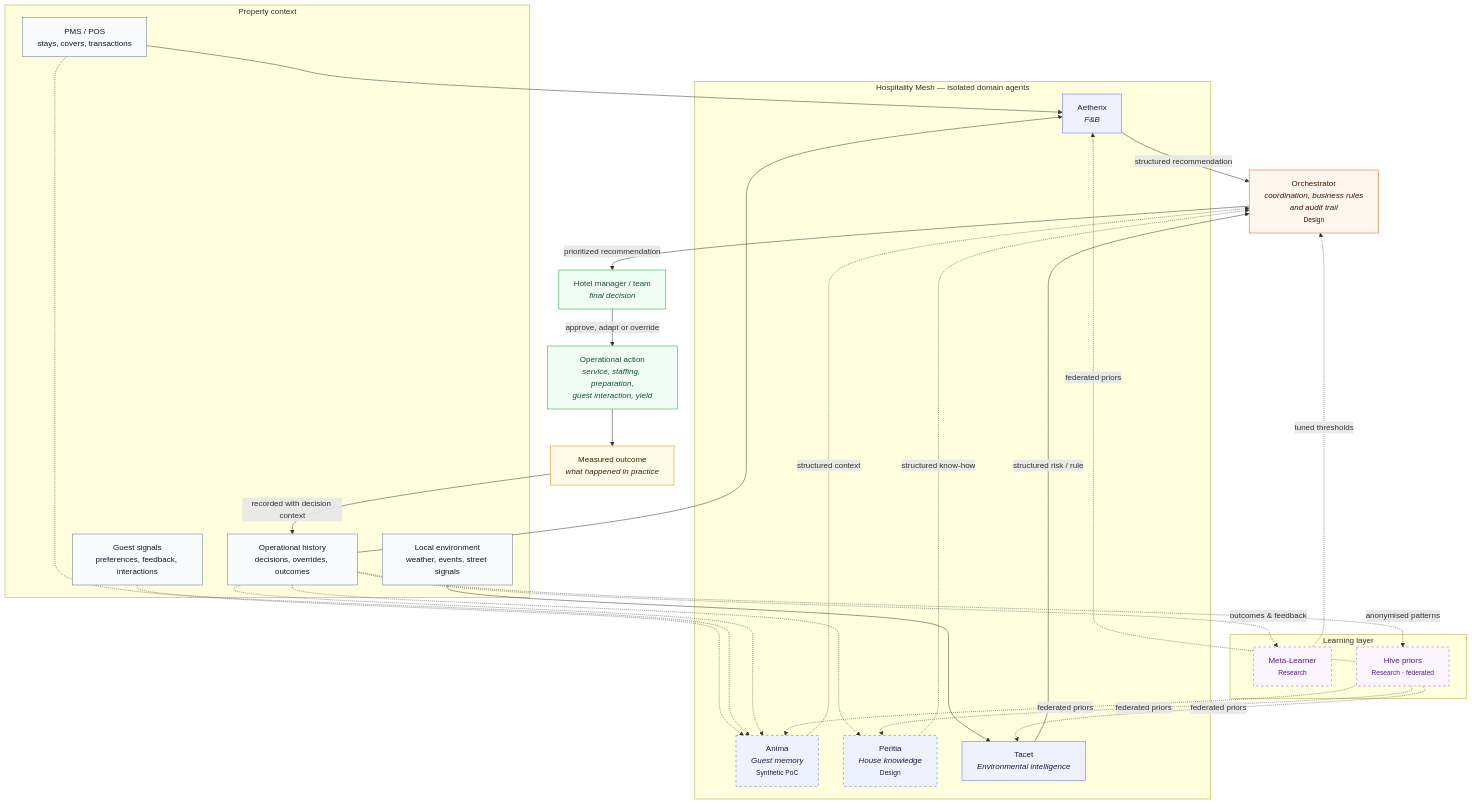
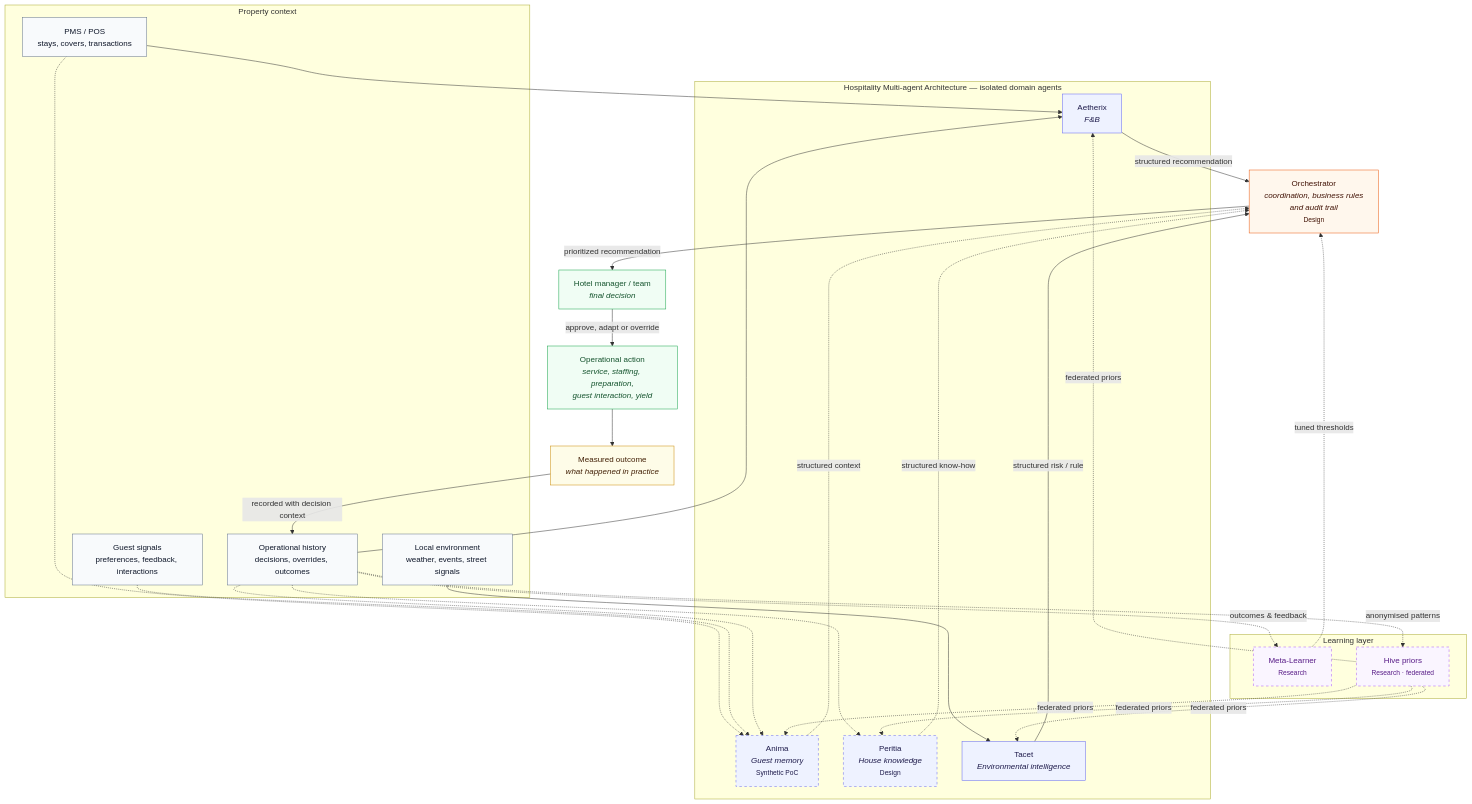
One commit to IvandeMurard/Hospitality-Multi-agent-Architecture changed the diagram in README.md. Above: the diagram before and after it, drawn with Mermaid. The commit also changed other lines of this file and 3 other files, not shown here.

First line of the commit message:
Replace "Mesh" with "Architecture" in visible prose

````diff
--- a/README.md
+++ b/README.md
@@ -92,77 +91,77 @@
 ```mermaid
 flowchart TB
     %% Context sources
     subgraph CONTEXT["Property context"]
         PMS["PMS / POS<br/>stays, covers, transactions"]
         GUEST["Guest signals<br/>preferences, feedback, interactions"]
         OPS["Operational history<br/>decisions, overrides, outcomes"]
         ENV["Local environment<br/>weather, events, street signals"]
     end
 
     %% Specialized, isolated agents
-    subgraph MESH["Hospitality Mesh — isolated domain agents"]
+    subgraph MESH["Hospitality Multi-agent Architecture — isolated domain agents"]
         A["Aetherix<br/><i>F&B</i>"]
         N["Anima<br/><i>Guest memory</i><br/><small>Synthetic PoC</small>"]
         P["Peritia<br/><i>House knowledge</i><br/><small>Design</small>"]
         T["Tacet<br/><i>Environmental intelligence</i>"]
     end
 
     %% Coordination and human decision
     O["Orchestrator<br/><i>coordination, business rules<br/>and audit trail</i><br/><small>Design</small>"]
     H["Hotel manager / team<br/><i>final decision</i>"]
     ACTION["Operational action<br/><i>service, staffing, preparation,<br/>guest interaction, yield</i>"]
     OUTCOME["Measured outcome<br/><i>what happened in practice</i>"]
 
     %% Continuous learning: prospective
     subgraph LEARNING["Learning layer"]
         ML["Meta-Learner<br/><small>Research</small>"]
         HP["Hive priors<br/><small>Research · federated</small>"]
     end
 
     %% Context to agents
     PMS --> A
     PMS -.-> N
     GUEST -.-> N
     OPS --> A
     OPS -.-> N
     OPS -.-> P
     ENV --> T
 
     %% Agent output to orchestration
     A -->|"structured recommendation"| O
     N -.->|"structured context"| O
     P -.->|"structured know-how"| O
     T -->|"structured risk / rule"| O
 
     %% Human-centred loop
     O -->|"prioritized recommendation"| H
     H -->|"approve, adapt or override"| ACTION
     ACTION --> OUTCOME
     OUTCOME -->|"recorded with decision context"| OPS
 
     %% Prospectively learned layer
     OPS -.->|"outcomes & feedback"| ML
     ML -.->|"tuned thresholds"| O
     OPS -.->|"anonymised patterns"| HP
     HP -.->|"federated priors"| A
     HP -.->|"federated priors"| N
     HP -.->|"federated priors"| P
     HP -.->|"federated priors"| T
 
     %% Styling
     classDef source fill:#F8FAFC,stroke:#64748B,color:#0F172A;
     classDef agent fill:#EEF2FF,stroke:#6366F1,color:#1E1B4B;
     classDef orchestration fill:#FFF7ED,stroke:#EA580C,color:#431407;
     classDef human fill:#F0FDF4,stroke:#16A34A,color:#14532D;
     classDef outcome fill:#FEFCE8,stroke:#CA8A04,color:#422006;
     classDef research fill:#FAF5FF,stroke:#A855F7,color:#581C87,stroke-dasharray: 5 5;
     classDef notlive fill:#EEF2FF,stroke:#6366F1,color:#1E1B4B,stroke-dasharray: 5 5;
 
     class PMS,GUEST,OPS,ENV source;
     class A,T agent;
     class N,P notlive;
     class O orchestration;
     class H,ACTION human;
     class OUTCOME outcome;
     class ML,HP research;
 ```
````
